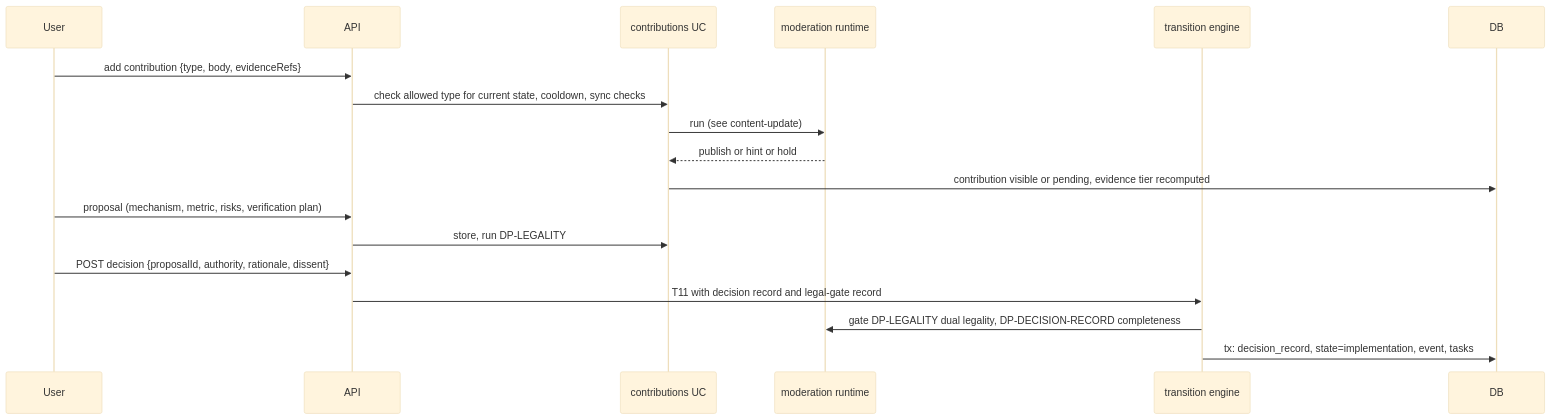
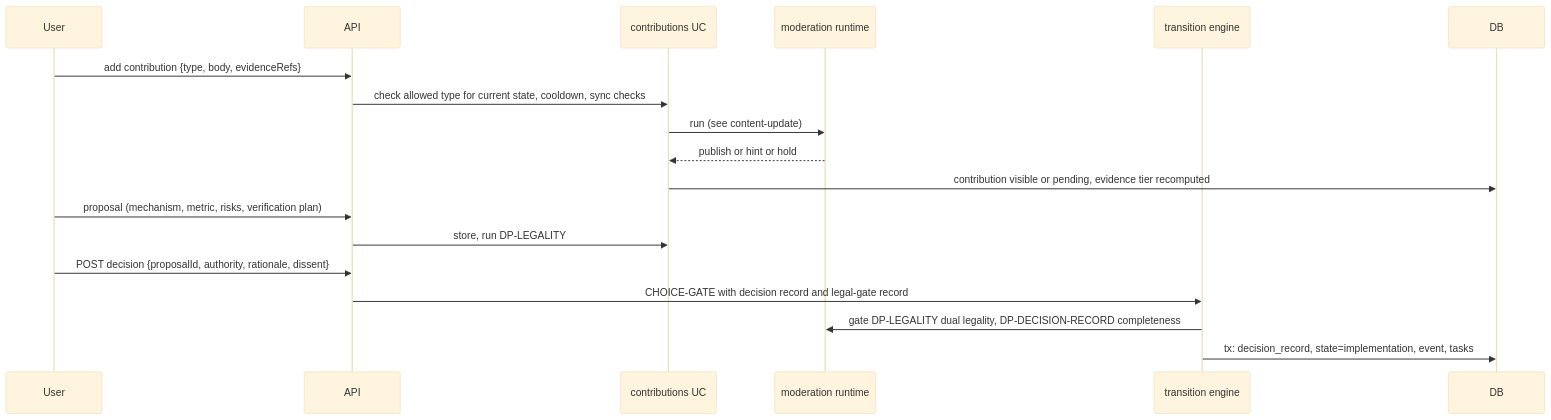
One commit to community-action-network-oss/community_action_network_oss changed the diagram in docs/design/flows/contribution-and-proposal.md. Above: the diagram before and after it, drawn with Mermaid (base theme). The commit also changed other lines of this file and 12 other files, not shown here.

````diff
--- a/docs/design/flows/contribution-and-proposal.md
+++ b/docs/design/flows/contribution-and-proposal.md
@@ -15,20 +15,20 @@
 ```mermaid
 sequenceDiagram
   participant User
   participant API
   participant UC as contributions UC
   participant Mod as moderation runtime
   participant Eng as transition engine
   participant DB
   User->>API: add contribution {type, body, evidenceRefs}
   API->>UC: check allowed type for current state, cooldown, sync checks
   UC->>Mod: run (see content-update)
   Mod-->>UC: publish or hint or hold
   UC->>DB: contribution visible or pending, evidence tier recomputed
   User->>API: proposal (mechanism, metric, risks, verification plan)
   API->>UC: store, run DP-LEGALITY
   User->>API: POST decision {proposalId, authority, rationale, dissent}
-  API->>Eng: T11 with decision record and legal-gate record
+  API->>Eng: CHOICE-GATE with decision record and legal-gate record
   Eng->>Mod: gate DP-LEGALITY dual legality, DP-DECISION-RECORD completeness
   Eng->>DB: tx: decision_record, state=implementation, event, tasks
 ```
````
